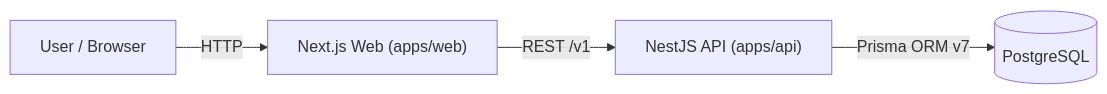
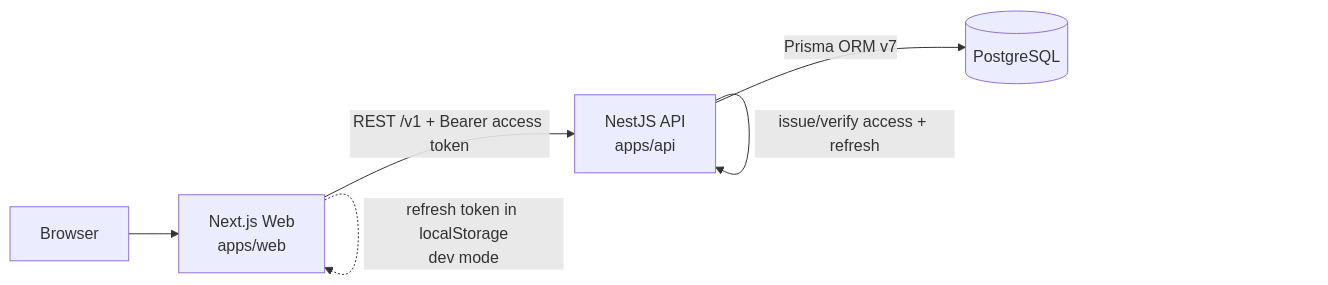
Before and after one commit to yuzequn095/Aurum: the first of 2 diagrams in README.md, drawn with Mermaid. The commit also changed other lines of this file, not shown here.

Commit message:
docs(readme): update roadmap and architecture after auth and ledger v2

````diff
--- a/README.md
+++ b/README.md
@@ -22,6 +23,8 @@
 ```mermaid
 flowchart LR
-  U["User / Browser"] -->|"HTTP"| WEB["Next.js Web (apps/web)"]
-  WEB -->|"REST /v1"| API["NestJS API (apps/api)"]
-  API -->|"Prisma ORM v7"| DB[("PostgreSQL")]
+  B[Browser] --> W[Next.js Web<br/>apps/web]
+  W -->|REST /v1 + Bearer access token| A[NestJS API<br/>apps/api]
+  A -->|Prisma ORM v7| P[(PostgreSQL)]
+  W -.->|refresh token in localStorage<br/>dev mode| W
+  A -->|issue/verify access + refresh| A
 ```
````
